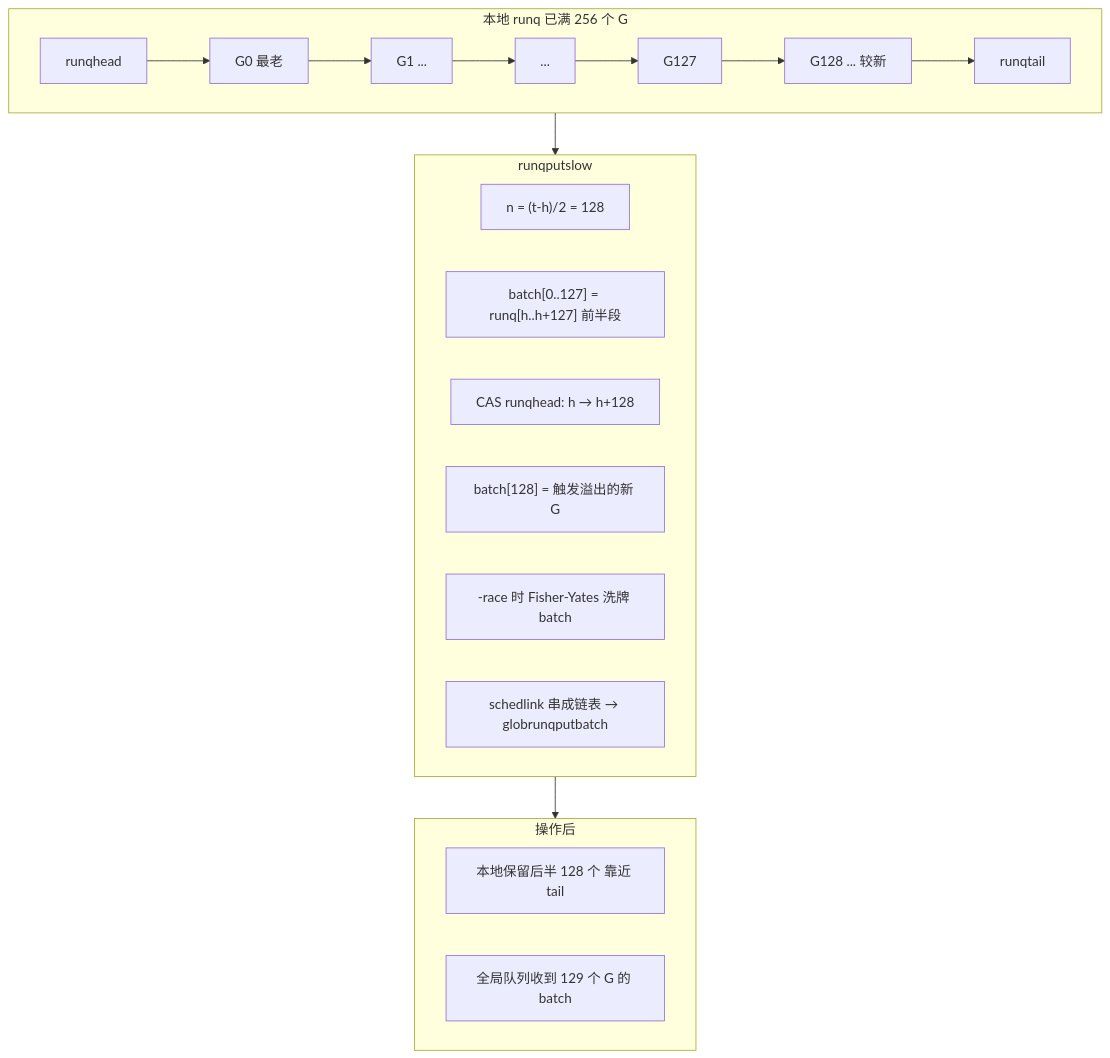
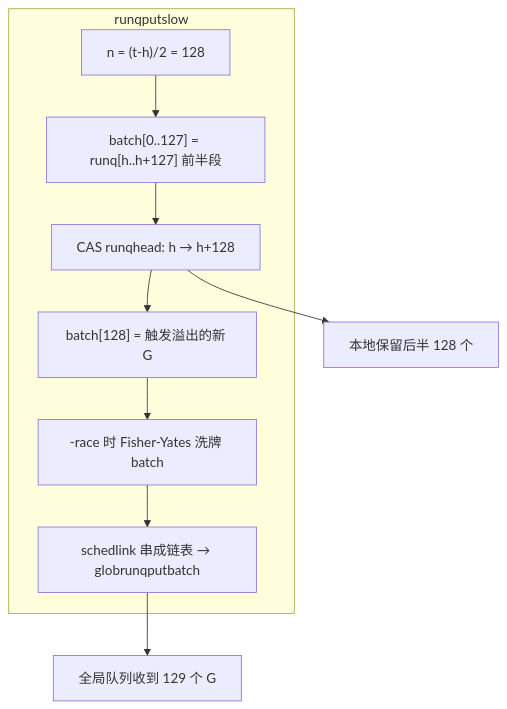
One commit to twodog-tt/Golang-development-manual changed the ninth of 13 diagrams in docs/interview/01-runtime-concurrency/S-CONC-02-gmp-roles.md. Above: the diagram before and after it, drawn with Mermaid. The commit also changed 15 other files, not shown here.

Commit message:
feat: add interactive Mermaid viewer

````diff
--- a/docs/interview/01-runtime-concurrency/S-CONC-02-gmp-roles.md
+++ b/docs/interview/01-runtime-concurrency/S-CONC-02-gmp-roles.md
@@ -306,26 +327,14 @@
 ```mermaid
 flowchart TB
-  subgraph Before[本地 runq 已满 256 个 G]
-    direction LR
-    H[runqhead] --> F1[G0 最老]
-    F1 --> F2[G1 ...]
-    F2 --> Mid[...]
-    Mid --> B1[G127]
-    B1 --> B2[G128 ... 较新]
-    B2 --> T[runqtail]
-  end
   subgraph Action[runqputslow]
     A1["n = (t-h)/2 = 128"]
     A2["batch[0..127] = runq[h..h+127] 前半段"]
     A3["CAS runqhead: h → h+128"]
     A4["batch[128] = 触发溢出的新 G"]
     A5["-race 时 Fisher-Yates 洗牌 batch"]
     A6["schedlink 串成链表 → globrunqputbatch"]
+    A1 --> A2 --> A3 --> A4 --> A5 --> A6
   end
-  subgraph After[操作后]
-    LocalKeep["本地保留后半 128 个 靠近 tail"]
-    GlobalBatch["全局队列收到 129 个 G 的 batch"]
-  end
-  Before --> Action
-  Action --> After
+  A3 --> LocalKeep["本地保留后半 128 个"]
+  A6 --> GlobalBatch["全局队列收到 129 个 G"]
 ```
````
